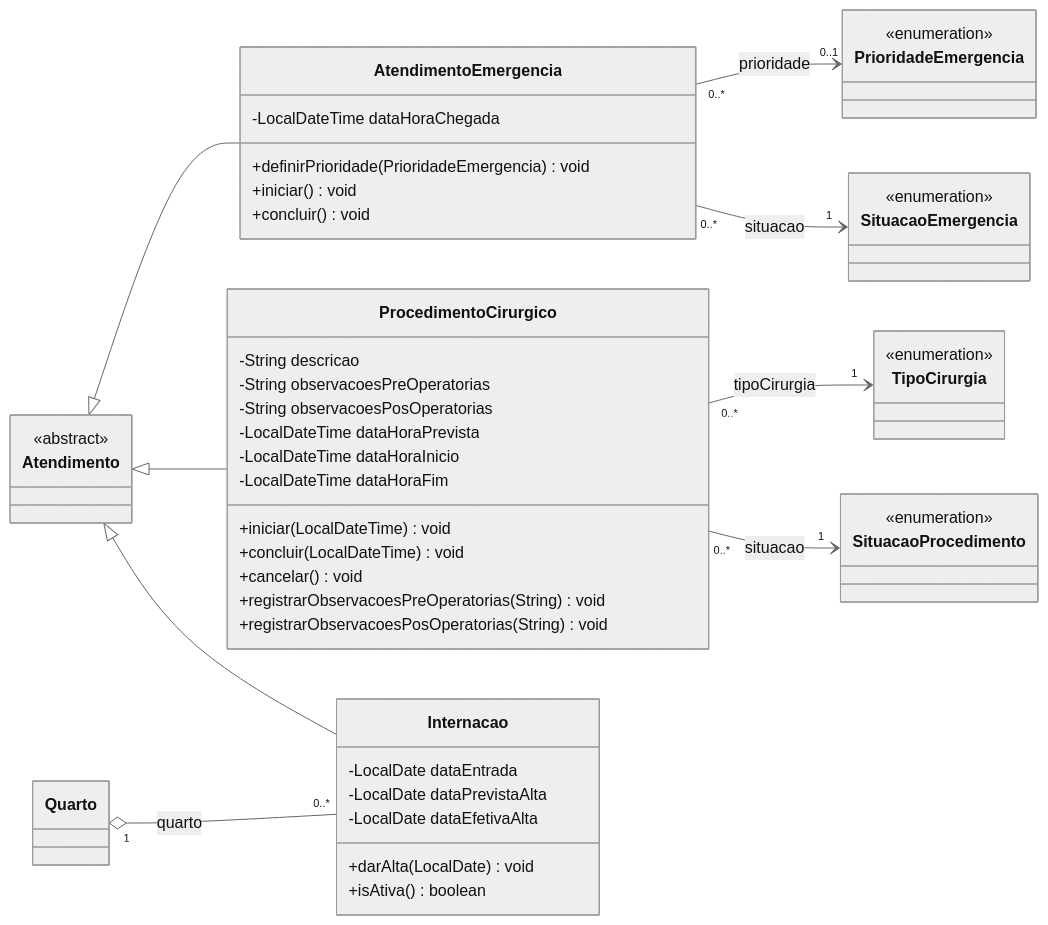
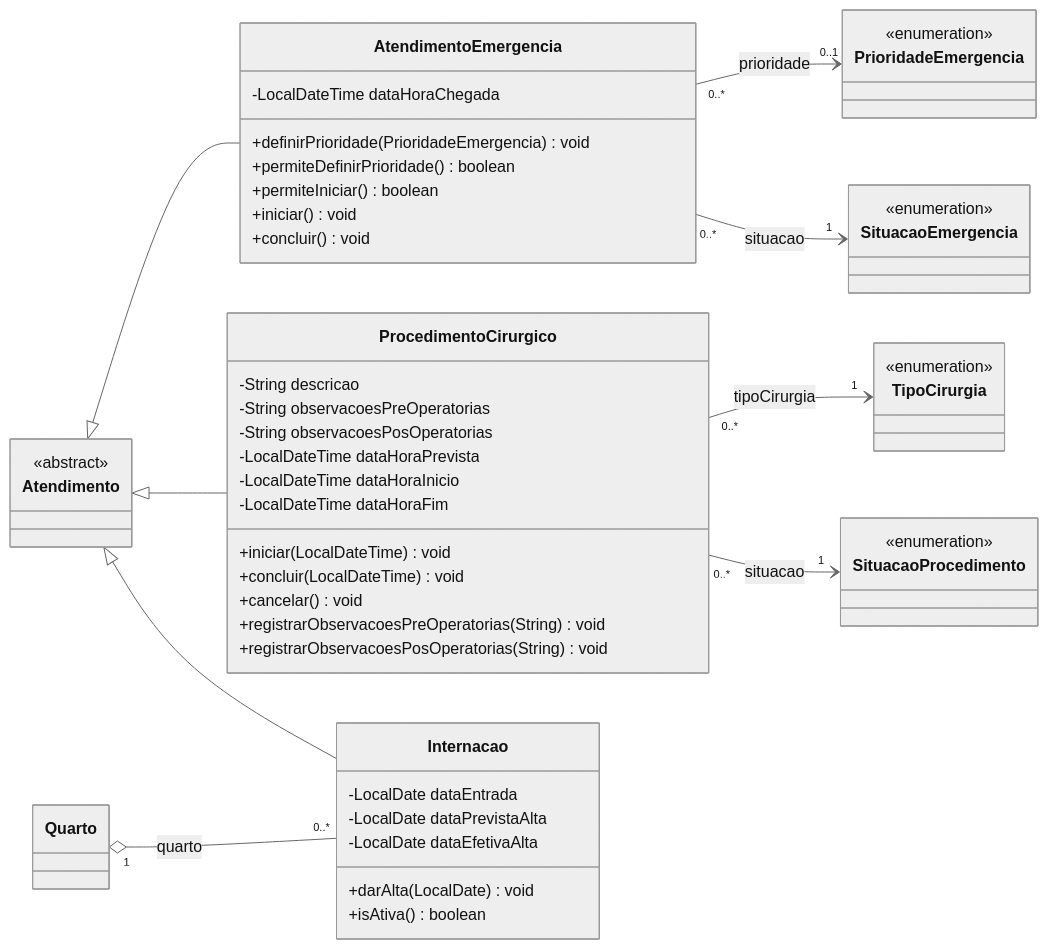
The sixth of 10 diagrams in docs/diagrama-de-classes.md (pedrolsrt/sistema-hospitalar), drawn with Mermaid (neutral theme) before and after one commit. The commit also changed other lines of this file and 33 other files, not shown here.

````diff
--- a/docs/diagrama-de-classes.md
+++ b/docs/diagrama-de-classes.md
@@ -422,49 +422,51 @@
 ```mermaid
 classDiagram
     direction LR
 
     class Atendimento { <<abstract>> }
     class PrioridadeEmergencia { <<enumeration>> }
     class SituacaoEmergencia { <<enumeration>> }
     class TipoCirurgia { <<enumeration>> }
     class SituacaoProcedimento { <<enumeration>> }
     class Quarto
 
     class AtendimentoEmergencia {
         -LocalDateTime dataHoraChegada
         +definirPrioridade(PrioridadeEmergencia) void
+        +permiteDefinirPrioridade() boolean
+        +permiteIniciar() boolean
         +iniciar() void
         +concluir() void
     }
 
     class ProcedimentoCirurgico {
         -String descricao
         -String observacoesPreOperatorias
         -String observacoesPosOperatorias
         -LocalDateTime dataHoraPrevista
         -LocalDateTime dataHoraInicio
         -LocalDateTime dataHoraFim
         +iniciar(LocalDateTime) void
         +concluir(LocalDateTime) void
         +cancelar() void
         +registrarObservacoesPreOperatorias(String) void
         +registrarObservacoesPosOperatorias(String) void
     }
 
     class Internacao {
         -LocalDate dataEntrada
         -LocalDate dataPrevistaAlta
         -LocalDate dataEfetivaAlta
         +darAlta(LocalDate) void
         +isAtiva() boolean
     }
 
     Atendimento <|-- AtendimentoEmergencia
     Atendimento <|-- ProcedimentoCirurgico
     Atendimento <|-- Internacao
     AtendimentoEmergencia "0..*" --> "0..1" PrioridadeEmergencia : prioridade
     AtendimentoEmergencia "0..*" --> "1" SituacaoEmergencia : situacao
     ProcedimentoCirurgico "0..*" --> "1" TipoCirurgia : tipoCirurgia
     ProcedimentoCirurgico "0..*" --> "1" SituacaoProcedimento : situacao
     Quarto "1" o-- "0..*" Internacao : quarto
 ```
````
